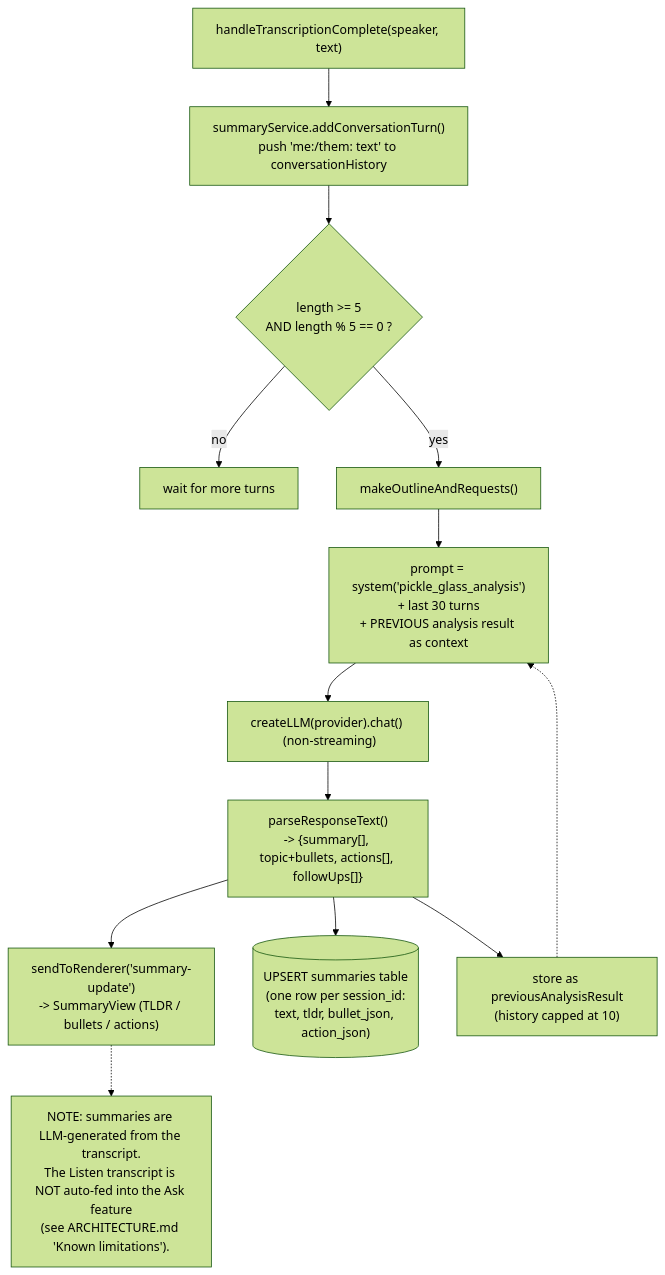
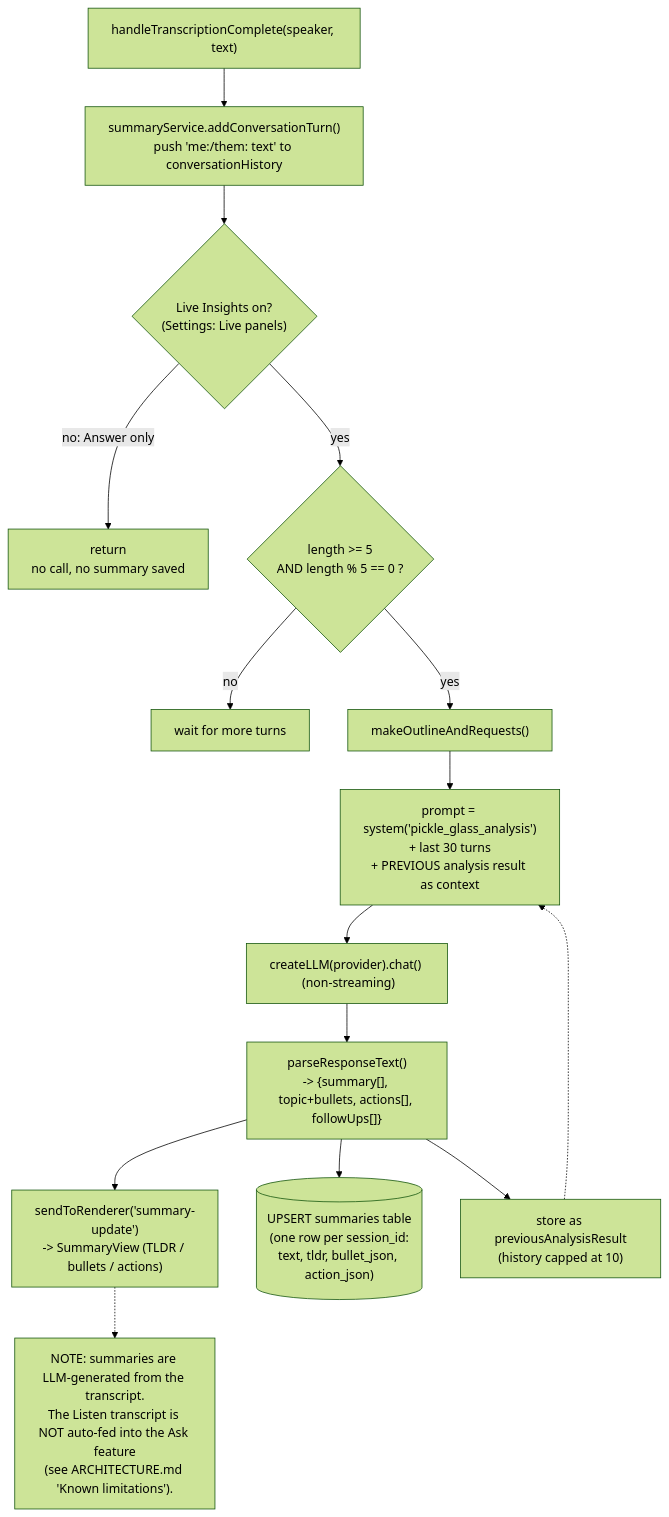
One commit to tas88-sys/glass changed the diagram in docs/diagrams/09-summarization-pipeline.mmd. Above: the diagram before and after it, drawn with Mermaid (forest theme). The commit also changed 10 other files, not shown here.

First line of the commit message:
document the live panels setting

```diff
--- a/docs/diagrams/09-summarization-pipeline.mmd
+++ b/docs/diagrams/09-summarization-pipeline.mmd
@@ -1,20 +1,23 @@
 %% 09 - Incremental summarization (Listen)
 %% Source: summaryService.js. Fires every 5th conversation turn; each run feeds the
 %% previous summary + last 30 turns back in, so summaries build forward.
+%% With Settings -> Live panels set to "Answer only", the lane returns before the gate.
 flowchart TB
     turn["handleTranscriptionComplete(speaker, text)"]
     turn --> add["summaryService.addConversationTurn()<br/>push 'me:/them: text' to conversationHistory"]
-    add --> gate{"length >= 5<br/>AND length % 5 == 0 ?"}
+    add --> on{"Live Insights on?<br/>(Settings: Live panels)"}
+    on -->|"no: Answer only"| off["return<br/>no call, no summary saved"]
+    on -->|yes| gate{"length >= 5<br/>AND length % 5 == 0 ?"}
     gate -->|no| wait["wait for more turns"]
     gate -->|yes| build["makeOutlineAndRequests()"]
 
     build --> ctx["prompt = system('pickle_glass_analysis')<br/>+ last 30 turns<br/>+ PREVIOUS analysis result as context"]
     ctx --> llm["createLLM(provider).chat()  (non-streaming)"]
     llm --> parse["parseResponseText()<br/>-> {summary[], topic+bullets, actions[], followUps[]}"]
     parse --> render["sendToRenderer('summary-update')<br/>-> SummaryView (TLDR / bullets / actions)"]
     parse --> save[("UPSERT summaries table<br/>(one row per session_id:<br/>text, tldr, bullet_json, action_json)")]
     parse --> keep["store as previousAnalysisResult<br/>(history capped at 10)"]
     keep -.-> ctx
 
     note["NOTE: summaries are LLM-generated from the transcript.<br/>The Listen transcript is NOT auto-fed into the Ask feature<br/>(see ARCHITECTURE.md 'Known limitations')."]
     render -.-> note
```
